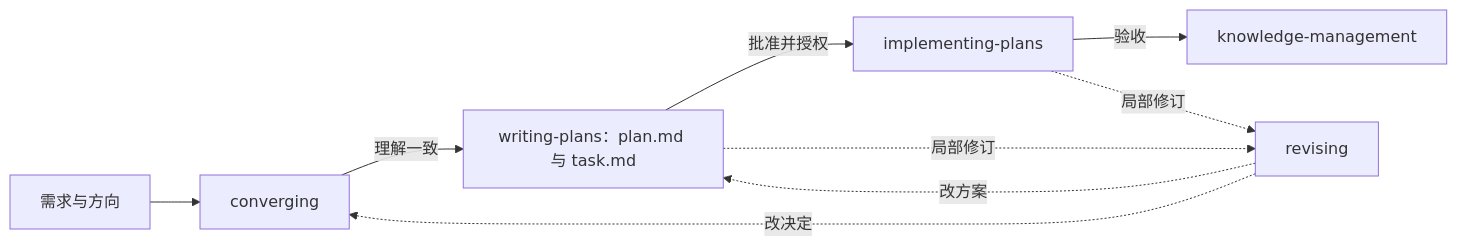
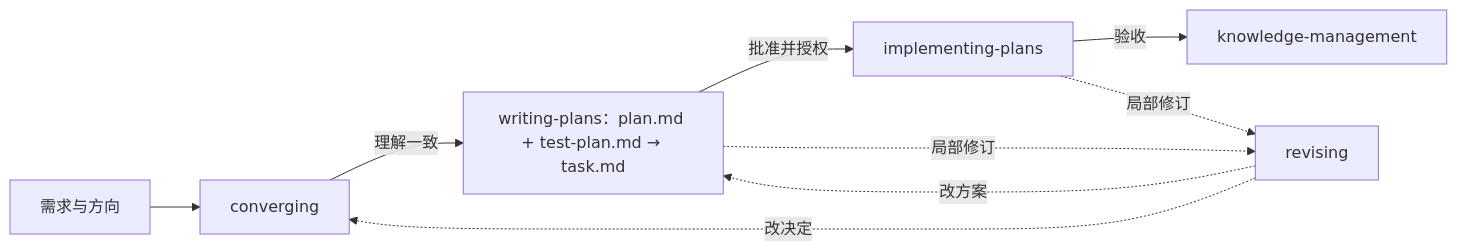
The diagram in skills/using-rivo/SKILL.md (reflux-studio/rivo), drawn with Mermaid before and after one commit. The commit also changed other lines of this file and 44 other files, not shown here.

````diff
--- a/skills/using-rivo/SKILL.md
+++ b/skills/using-rivo/SKILL.md
@@ -28,11 +28,11 @@
 ```mermaid
 flowchart LR
     U[需求与方向] --> C[converging]
-    C -->|理解一致| P[writing-plans：plan.md 与 task.md]
+    C -->|理解一致| P[writing-plans：plan.md + test-plan.md → task.md]
     P -->|批准并授权| I[implementing-plans]
     I -->|验收| K[knowledge-management]
     P -.局部修订.-> R[revising]
     I -.局部修订.-> R
     R -.改决定.-> C
     R -.改方案.-> P
 ```
````
